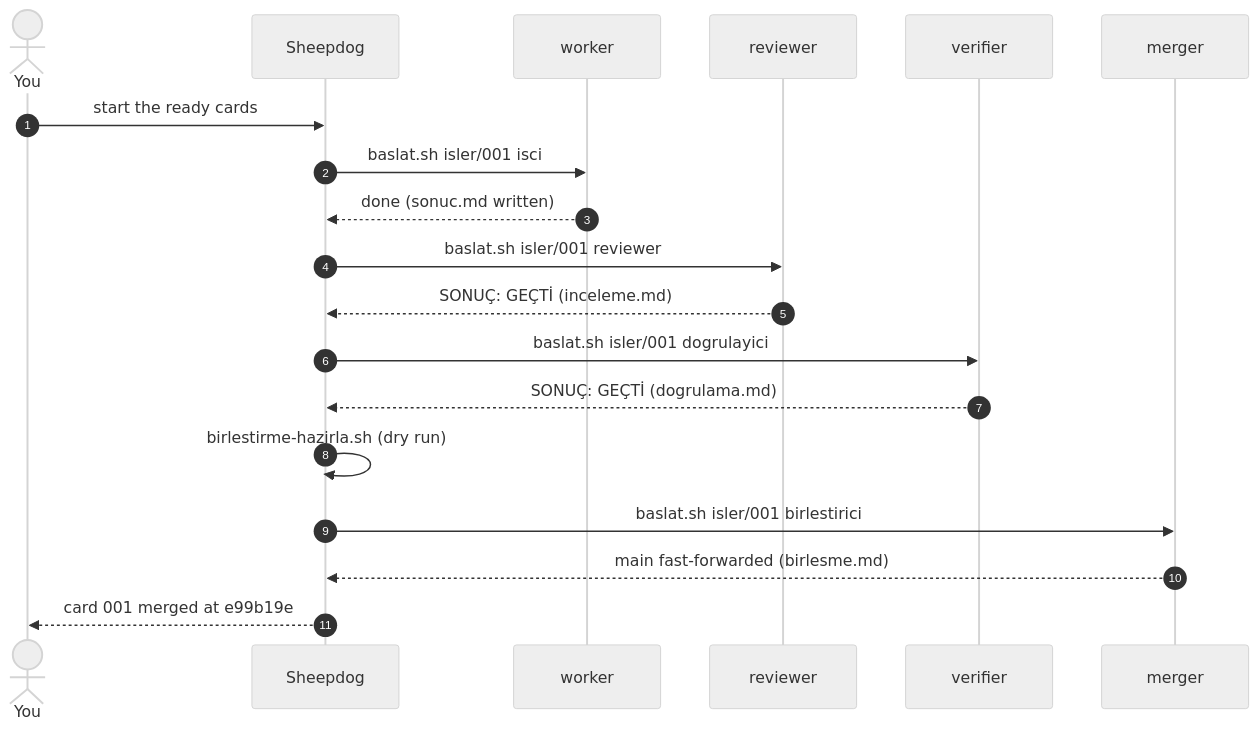
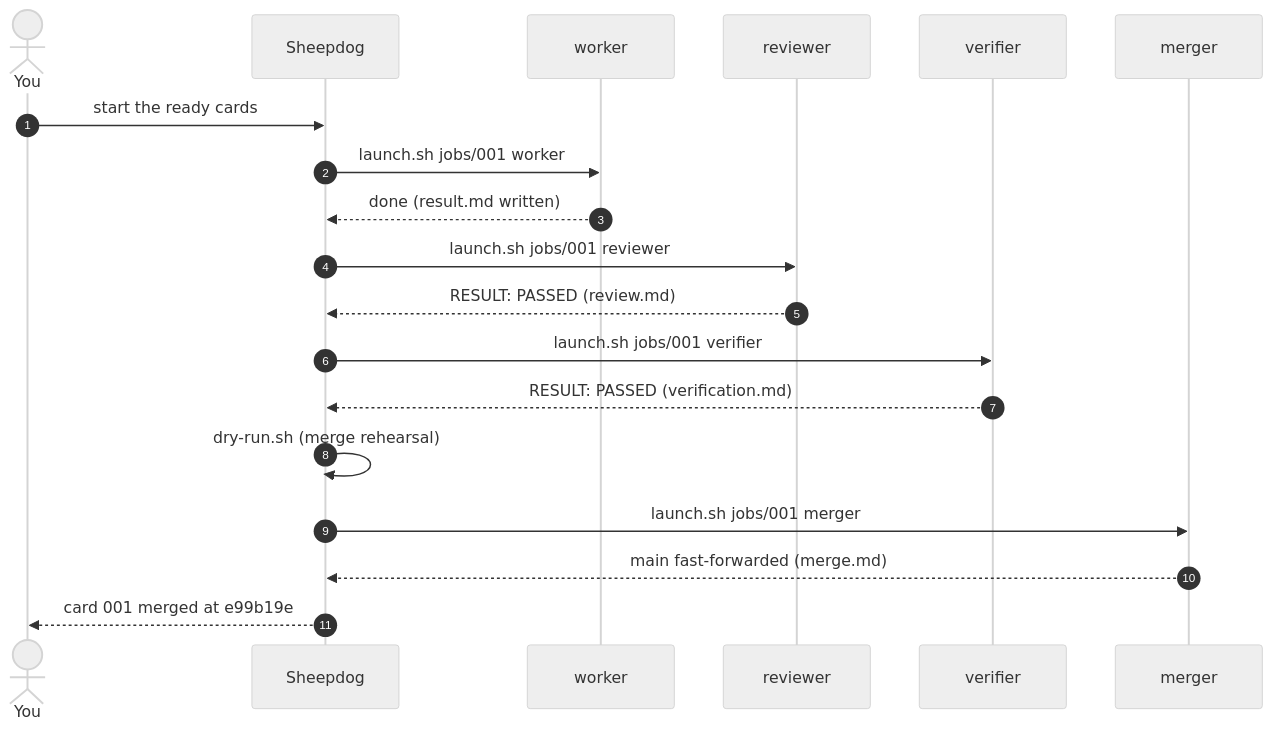
The diagram in README.md (Sahinoglu0/sheepdog), drawn with Mermaid (neutral theme) before and after one commit. The commit also changed other lines of this file and 166 other files, not shown here.

````diff
--- a/README.md
+++ b/README.md
@@ -139,21 +121,21 @@
 ```mermaid
 sequenceDiagram
     autonumber
     actor You
     participant S as Sheepdog
     participant W as worker
     participant R as reviewer
     participant V as verifier
     participant M as merger
     You->>S: start the ready cards
-    S->>W: baslat.sh isler/001 isci
-    W-->>S: done (sonuc.md written)
-    S->>R: baslat.sh isler/001 reviewer
-    R-->>S: SONUÇ: GEÇTİ (inceleme.md)
-    S->>V: baslat.sh isler/001 dogrulayici
-    V-->>S: SONUÇ: GEÇTİ (dogrulama.md)
-    S->>S: birlestirme-hazirla.sh (dry run)
-    S->>M: baslat.sh isler/001 birlestirici
-    M-->>S: main fast-forwarded (birlesme.md)
+    S->>W: launch.sh jobs/001 worker
+    W-->>S: done (result.md written)
+    S->>R: launch.sh jobs/001 reviewer
+    R-->>S: RESULT: PASSED (review.md)
+    S->>V: launch.sh jobs/001 verifier
+    V-->>S: RESULT: PASSED (verification.md)
+    S->>S: dry-run.sh (merge rehearsal)
+    S->>M: launch.sh jobs/001 merger
+    M-->>S: main fast-forwarded (merge.md)
     S-->>You: card 001 merged at e99b19e
 ```
````
